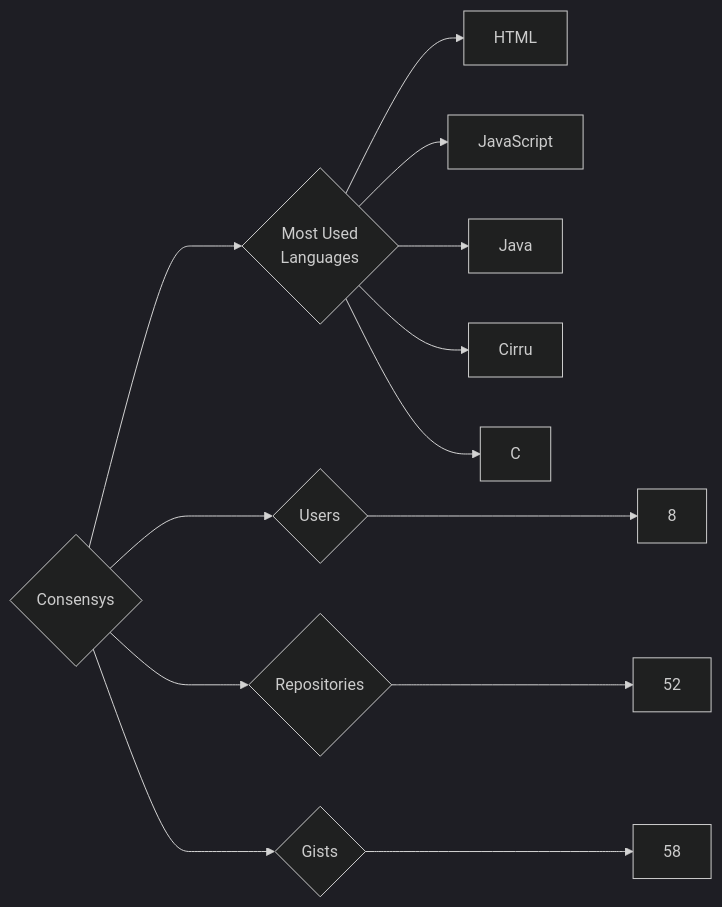
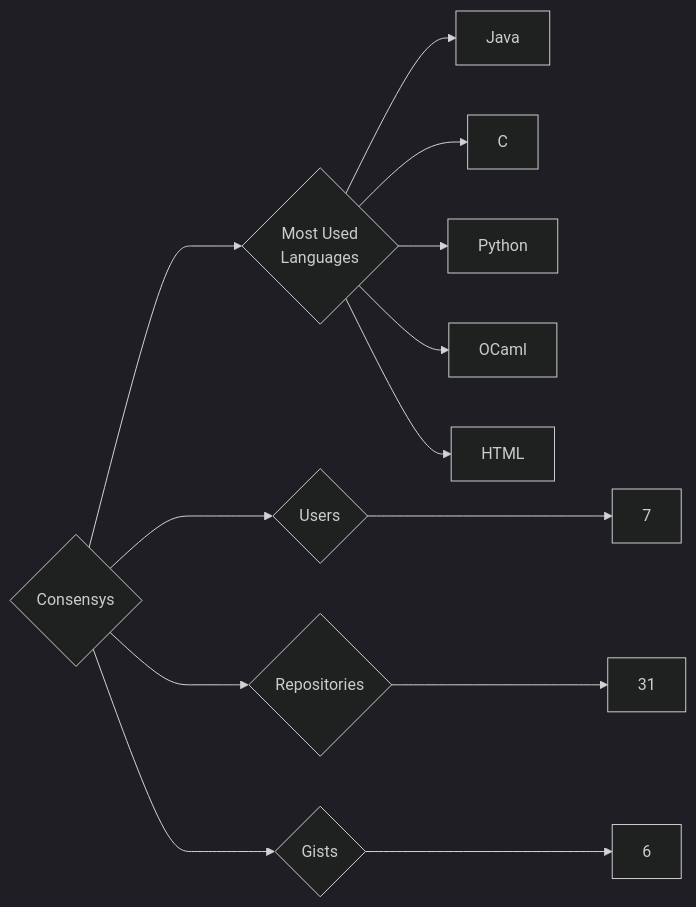
Before and after one commit to trickest/insiders: the diagram in targets/Consensys/README.md, drawn with Mermaid (dark theme). The commit also changed 1055 other files, not shown here.

````diff
--- a/targets/Consensys/README.md
+++ b/targets/Consensys/README.md
@@ -3,13 +3,13 @@
 ```mermaid
 graph LR
 COMPANY_NAME{Consensys}
-COMPANY_NAME ---> U{Users} ---> UN[8]
-COMPANY_NAME ---> R{Repositories} ---> RN[52]
-COMPANY_NAME ---> G{Gists} ---> GN[58]
+COMPANY_NAME ---> U{Users} ---> UN[7]
+COMPANY_NAME ---> R{Repositories} ---> RN[31]
+COMPANY_NAME ---> G{Gists} ---> GN[6]
 COMPANY_NAME ---> ML{Most Used<br>Languages}
+ML --> Java[Java]
+ML --> C[C]
+ML --> Python[Python]
+ML --> OCaml[OCaml]
 ML --> HTML[HTML]
-ML --> JavaScript[JavaScript]
-ML --> Java[Java]
-ML --> Cirru[Cirru]
-ML --> C[C]
 ```
````
